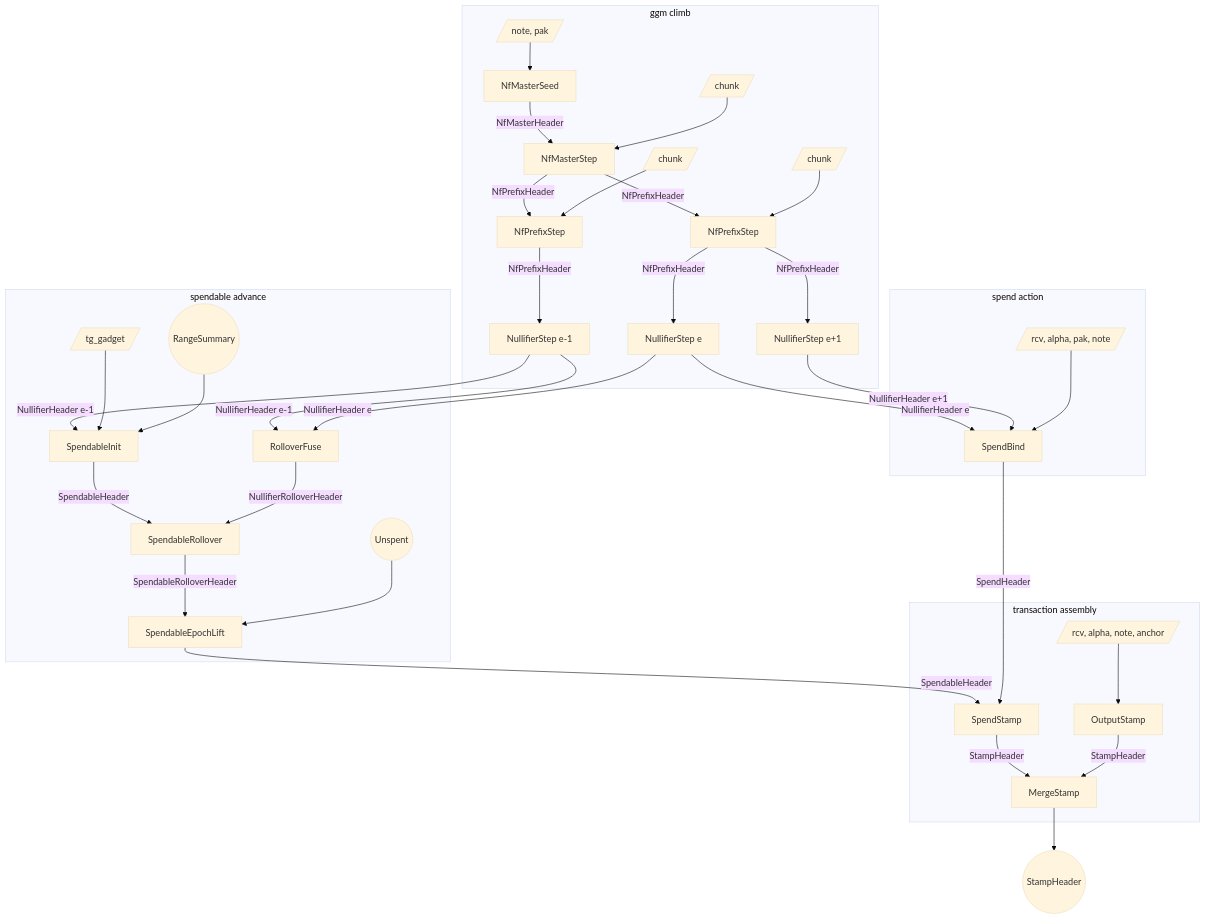
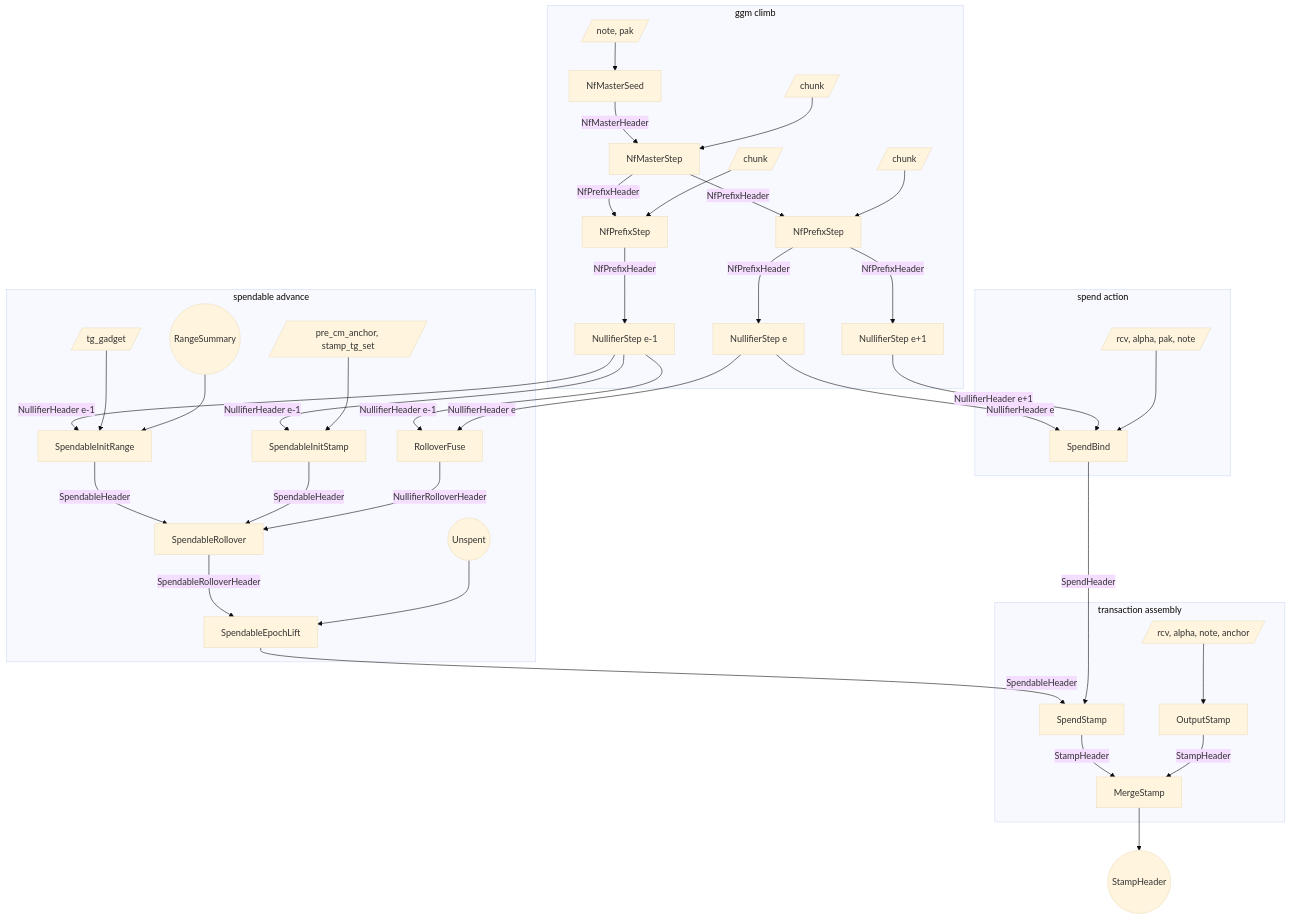
One commit to tachyon-zcash/tachyon changed the first of 5 diagrams in book/src/proof-tree.md. Above: the diagram before and after it, drawn with Mermaid (base theme). The commit also changed other lines of this file and 7 other files, not shown here.

````diff
--- a/book/src/proof-tree.md
+++ b/book/src/proof-tree.md
@@ -152,75 +156,81 @@
 ```mermaid
 flowchart TB
   subgraph ggm [ggm climb]
     w_master[/note, pak/]
     s_master[NfMasterSeed]
     w_chunk_m[/chunk/]
     s_first_m[NfMasterStep]
     w_chunk_old[/chunk/]
     s_prefix_old[NfPrefixStep]
     s_leaf_old[NullifierStep e-1]
     w_chunk_p[/chunk/]
     s_prefix[NfPrefixStep]
     s_leaf_now[NullifierStep e]
     s_leaf_next[NullifierStep e+1]
   end
 
   subgraph spendable [spendable advance]
     w_init[/tg_gadget/]
     cm_range((RangeSummary))
-    s_init[SpendableInit]
+    s_init[SpendableInitRange]
+    w_init_stamp[/pre_cm_anchor, stamp_tg_set/]
+    s_init_stamp[SpendableInitStamp]
     s_rfuse[RolloverFuse]
     s_rollover[SpendableRollover]
     s_epochlift[SpendableEpochLift]
     unspent_new((Unspent))
   end
 
   subgraph spend_action [spend action]
     w_spendbind[/rcv, alpha, pak, note/]
     s_spendbind[SpendBind]
   end
 
   subgraph merge [transaction assembly]
     s_spendstamp[SpendStamp]
 
     w_output[/rcv, alpha, note, anchor/]
     s_output[OutputStamp]
 
     s_merge[MergeStamp]
   end
 
   stamp_out((StampHeader))
 
   w_master --> s_master
   s_master -->|NfMasterHeader| s_first_m
   w_chunk_m --> s_first_m
   s_first_m -->|NfPrefixHeader| s_prefix_old
   w_chunk_old --> s_prefix_old
   s_prefix_old -->|NfPrefixHeader| s_leaf_old
   s_first_m -->|NfPrefixHeader| s_prefix
   w_chunk_p --> s_prefix
   s_prefix -->|NfPrefixHeader| s_leaf_now
   s_prefix -->|NfPrefixHeader| s_leaf_next
 
   s_leaf_old -->|NullifierHeader e-1| s_init
   w_init --> s_init
   cm_range --> s_init
   s_init -->|SpendableHeader| s_rollover
 
+  s_leaf_old -->|NullifierHeader e-1| s_init_stamp
+  w_init_stamp --> s_init_stamp
+  s_init_stamp -->|SpendableHeader| s_rollover
+
   s_leaf_old -->|NullifierHeader e-1| s_rfuse
   s_leaf_now -->|NullifierHeader e| s_rfuse
   s_rfuse -->|NullifierRolloverHeader| s_rollover
   s_rollover -->|SpendableRolloverHeader| s_epochlift
   unspent_new --> s_epochlift
   s_epochlift -->|SpendableHeader| s_spendstamp
 
   s_leaf_now -->|NullifierHeader e| s_spendbind
   s_leaf_next -->|NullifierHeader e+1| s_spendbind
   w_spendbind --> s_spendbind
   s_spendbind -->|SpendHeader| s_spendstamp
 
   w_output --> s_output
   s_spendstamp -->|StampHeader| s_merge
   s_output -->|StampHeader| s_merge
   s_merge --> stamp_out
 ```
````
